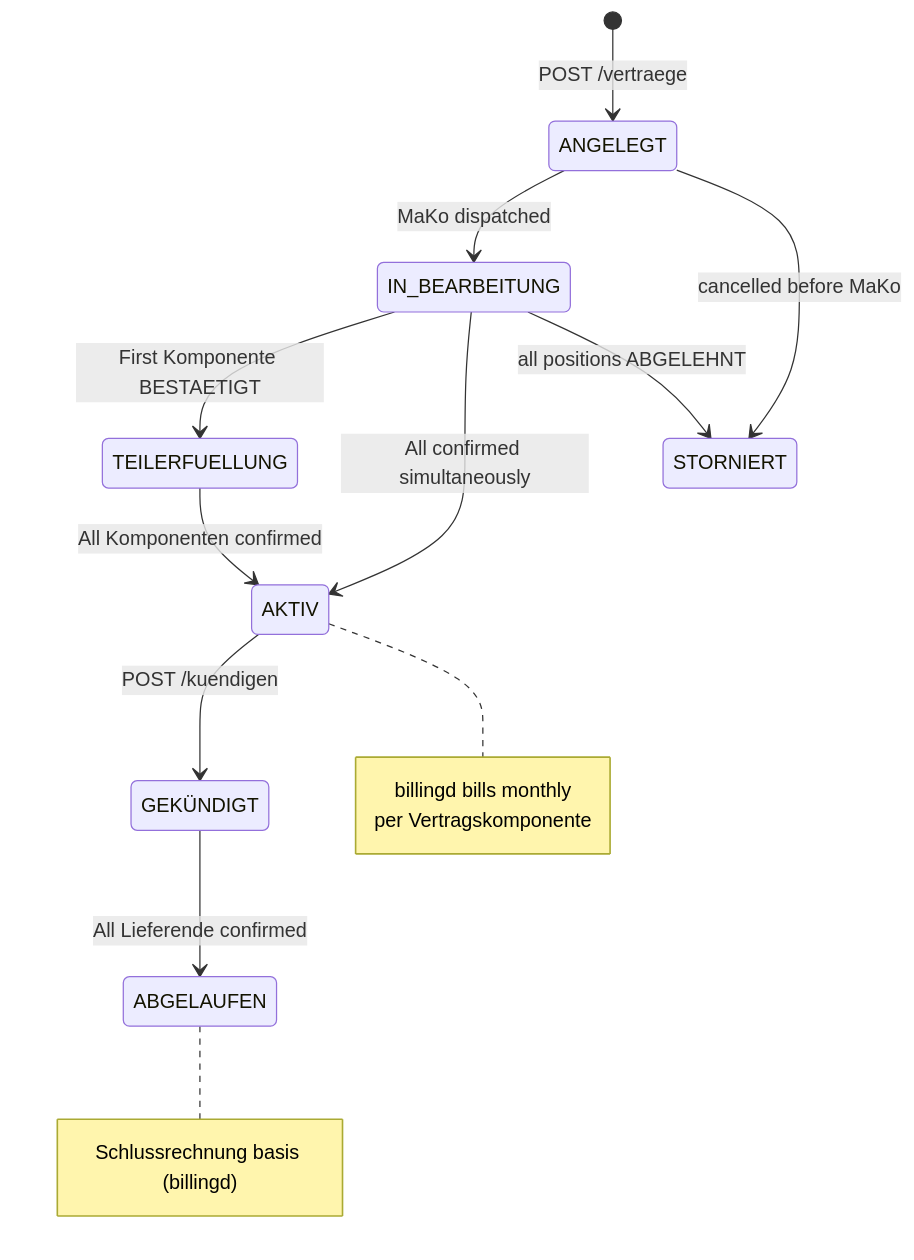
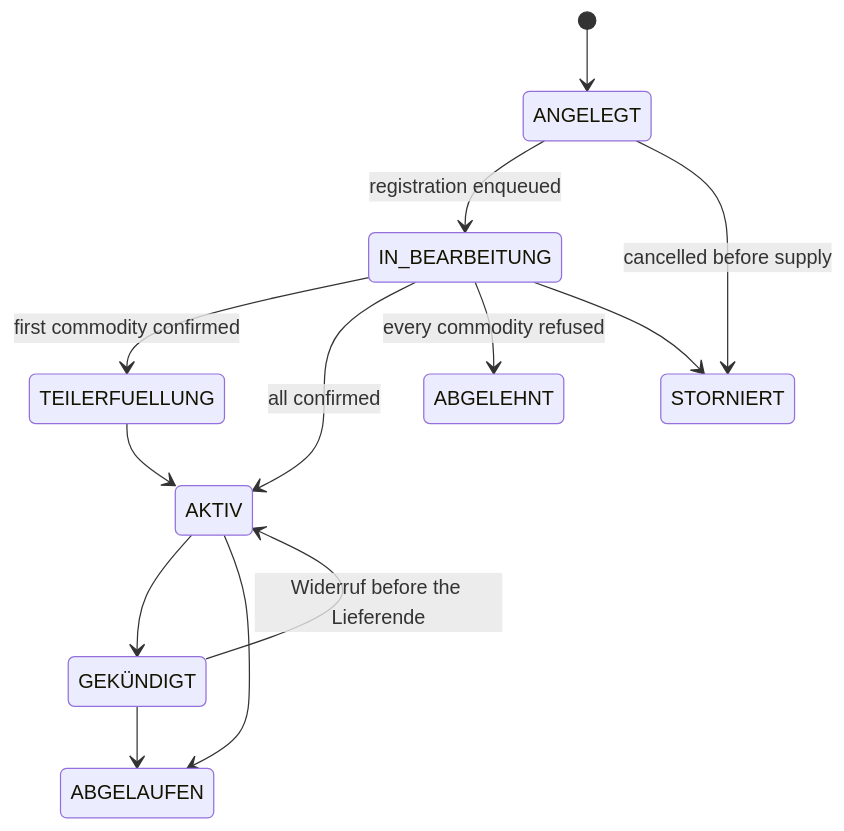
One commit to hupe1980/mako changed the second of 2 diagrams in site/content/docs/services/vertragd.md. Above: the diagram before and after it, drawn with Mermaid. The commit also changed other lines of this file and 66 other files, not shown here.

````diff
--- a/site/content/docs/services/vertragd.md
+++ b/site/content/docs/services/vertragd.md
@@ -219,15 +130,15 @@
 ```mermaid
 stateDiagram-v2
-    [*] --> ANGELEGT: POST /vertraege
-    ANGELEGT --> IN_BEARBEITUNG: MaKo dispatched
-    IN_BEARBEITUNG --> TEILERFUELLUNG: First Komponente BESTAETIGT
-    TEILERFUELLUNG --> AKTIV: All Komponenten confirmed
-    IN_BEARBEITUNG --> AKTIV: All confirmed simultaneously
-    AKTIV --> GEKÜNDIGT: POST /kuendigen
-    GEKÜNDIGT --> ABGELAUFEN: All Lieferende confirmed
-    ANGELEGT --> STORNIERT: cancelled before MaKo
-    IN_BEARBEITUNG --> STORNIERT: all positions ABGELEHNT
-
-    note right of AKTIV: billingd bills monthly<br/>per Vertragskomponente
-    note right of ABGELAUFEN: Schlussrechnung basis (billingd)
+    [*] --> ANGELEGT
+    ANGELEGT --> IN_BEARBEITUNG: registration enqueued
+    IN_BEARBEITUNG --> TEILERFUELLUNG: first commodity confirmed
+    IN_BEARBEITUNG --> AKTIV: all confirmed
+    TEILERFUELLUNG --> AKTIV
+    IN_BEARBEITUNG --> ABGELEHNT: every commodity refused
+    ANGELEGT --> STORNIERT: cancelled before supply
+    IN_BEARBEITUNG --> STORNIERT
+    AKTIV --> GEKÜNDIGT
+    GEKÜNDIGT --> AKTIV: Widerruf before the Lieferende
+    GEKÜNDIGT --> ABGELAUFEN
+    AKTIV --> ABGELAUFEN
 ```
````
